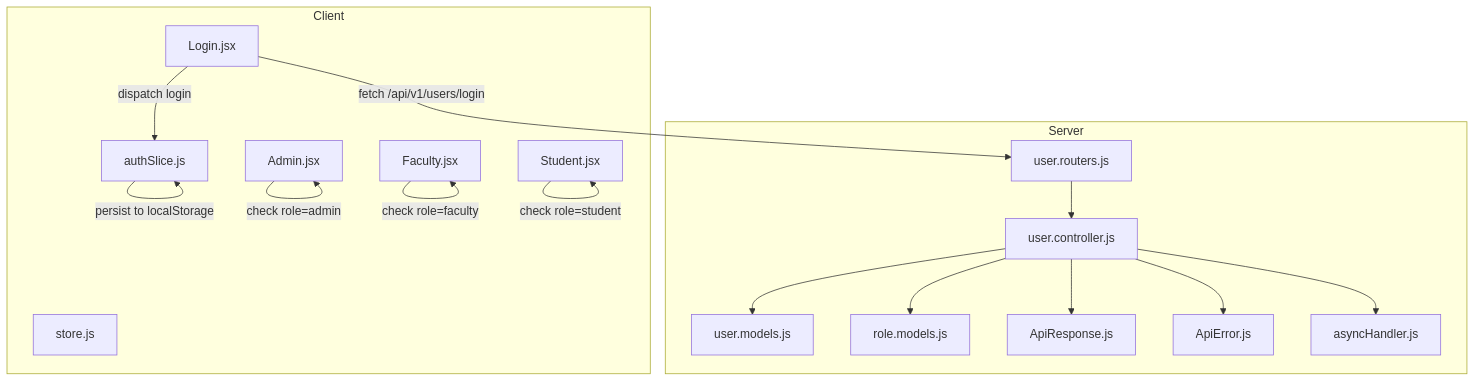
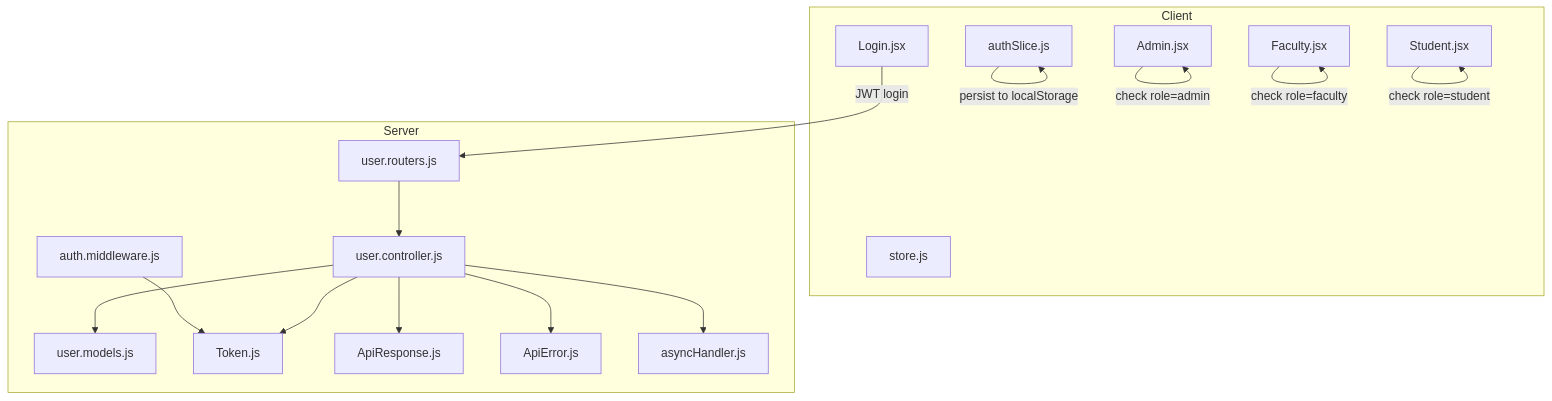
One commit to Aryan9060/Timetable-Project changed the first of 11 diagrams in .qoder/repowiki/en/content/Authentication & Authorization/Authentication & Authorization.md. Above: the diagram before and after it, drawn with Mermaid. The commit also changed other lines of this file and 15 other files, not shown here.

````diff
--- a/.qoder/repowiki/en/content/Authentication & Authorization/Authentication & Authorization.md
+++ b/.qoder/repowiki/en/content/Authentication & Authorization/Authentication & Authorization.md
@@ -47,32 +61,33 @@
 ```mermaid
 graph TB
 subgraph "Client"
 A["Login.jsx"]
 B["authSlice.js"]
 C["store.js"]
 D["Admin.jsx"]
 E["Faculty.jsx"]
 F["Student.jsx"]
 end
 subgraph "Server"
 G["user.routers.js"]
 H["user.controller.js"]
 I["user.models.js"]
-J["role.models.js"]
-K["ApiResponse.js"]
-L["ApiError.js"]
-M["asyncHandler.js"]
+J["auth.middleware.js"]
+K["Token.js"]
+L["ApiResponse.js"]
+M["ApiError.js"]
+N["asyncHandler.js"]
 end
-A --> |dispatch login| B
-A --> |fetch /api/v1/users/login| G
+A --> |JWT login| G
 G --> H
 H --> I
-H --> J
 H --> K
 H --> L
 H --> M
+H --> N
+J --> K
 B --> |persist to localStorage| B
 D --> |check role=admin| D
 E --> |check role=faculty| E
 F --> |check role=student| F
 ```
````
